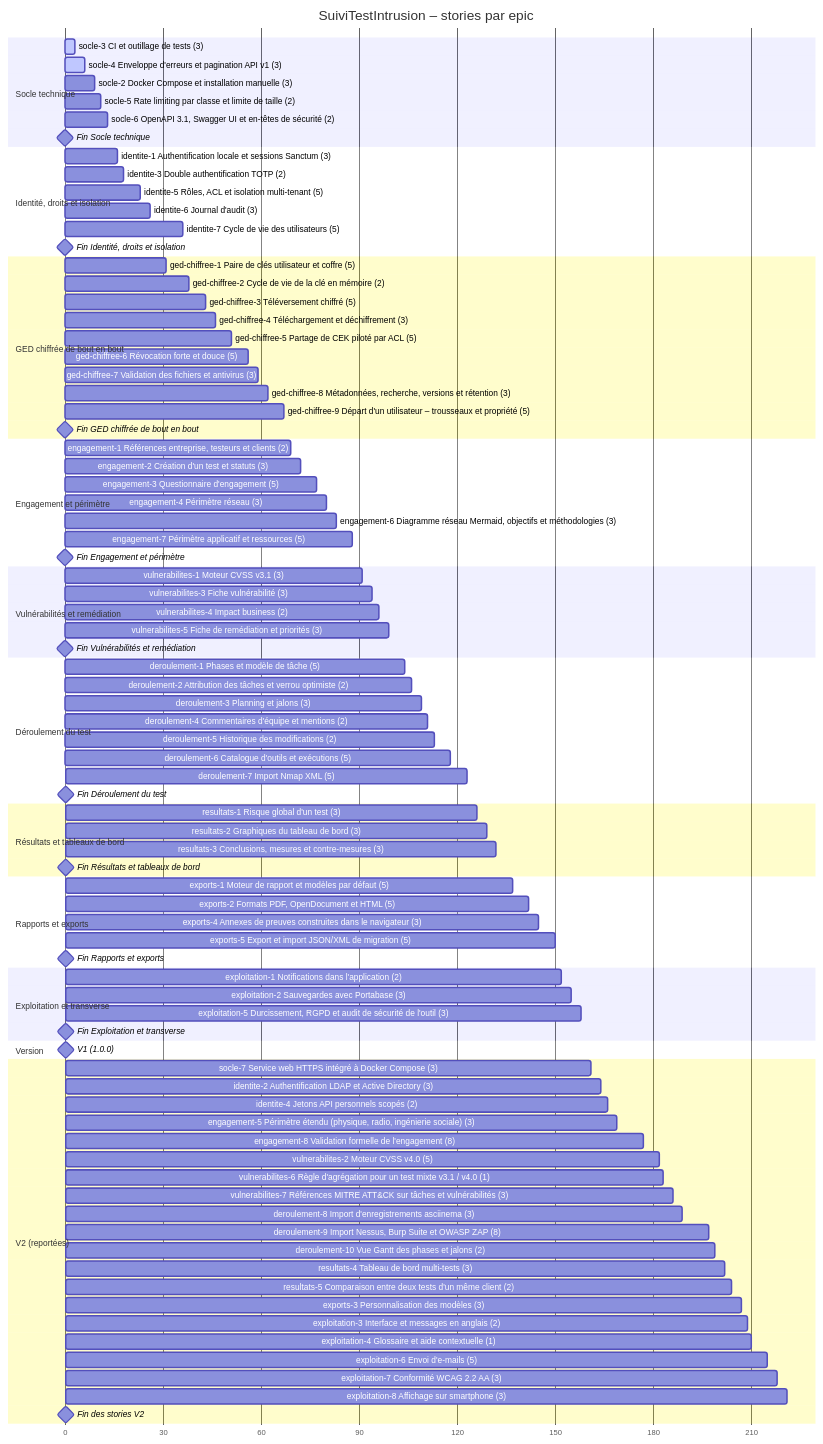
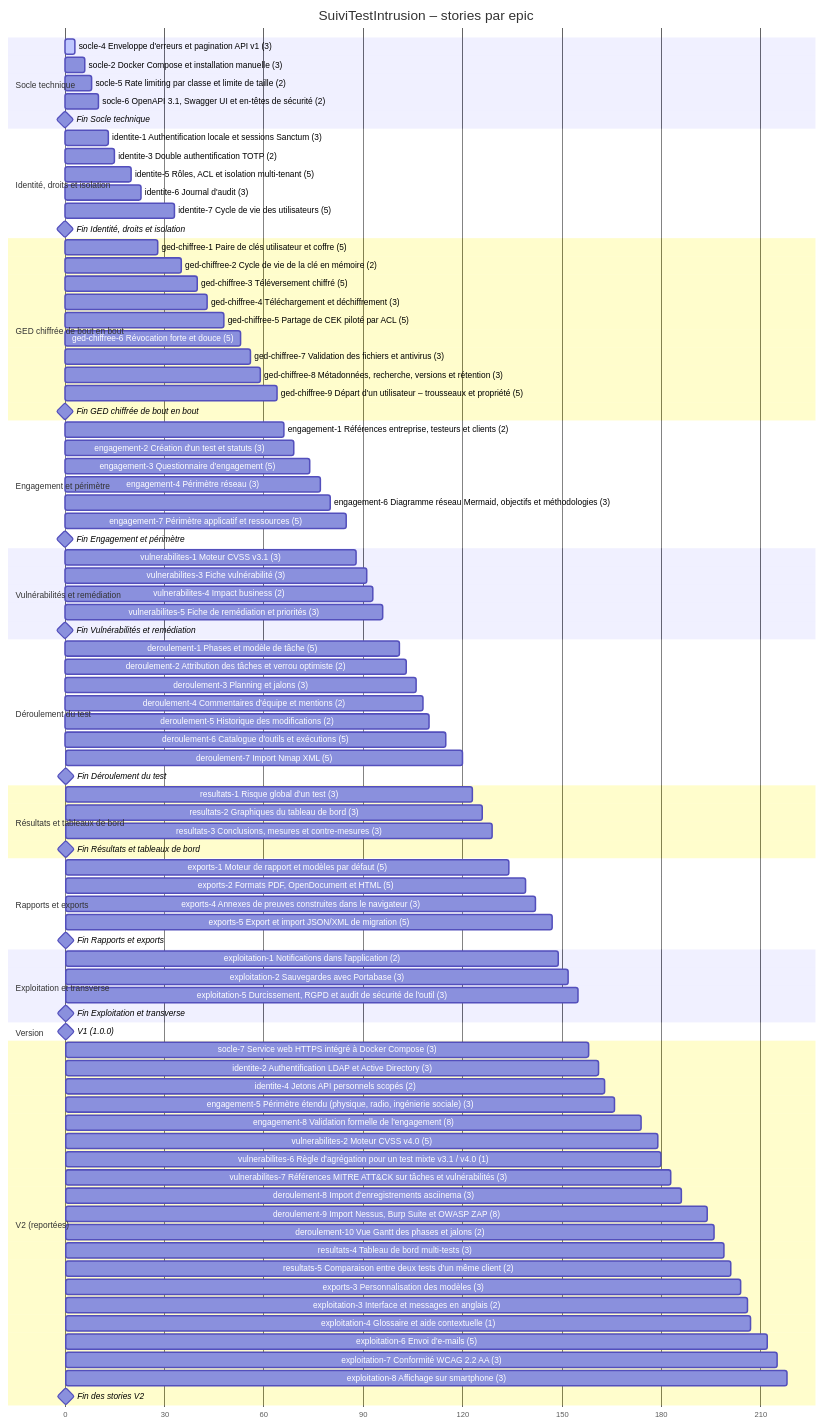
Before and after one commit to ILPlais/SuiviTestIntrusion: the second of 2 diagrams in docs/20-29 Développement/22 Planification/22.01 Planification du développement.md, drawn with Mermaid. The commit also changed other lines of this file and 5 other files, not shown here.

First line of the commit message:
socle-3 terminée : temps passé relevé (0 h 45), outils confirmés dans 31.01.

````diff
--- a/docs/20-29 Développement/22 Planification/22.01 Planification du développement.md
+++ b/docs/20-29 Développement/22 Planification/22.01 Planification du développement.md
@@ -76,90 +76,89 @@
     dateFormat X
     axisFormat %s
     section Socle technique
-    socle-3 CI et outillage de tests (3) :active, socle_3, 0, 3
-    socle-4 Enveloppe d'erreurs et pagination API v1 (3) :active, socle_4, 3, 6
-    socle-2 Docker Compose et installation manuelle (3) :socle_2, 6, 9
-    socle-5 Rate limiting par classe et limite de taille (2) :socle_5, 9, 11
-    socle-6 OpenAPI 3.1, Swagger UI et en-têtes de sécurité (2) :socle_6, 11, 13
-    Fin Socle technique :milestone, m_socle, 13, 0d
+    socle-4 Enveloppe d'erreurs et pagination API v1 (3) :active, socle_4, 0, 3
+    socle-2 Docker Compose et installation manuelle (3) :socle_2, 3, 6
+    socle-5 Rate limiting par classe et limite de taille (2) :socle_5, 6, 8
+    socle-6 OpenAPI 3.1, Swagger UI et en-têtes de sécurité (2) :socle_6, 8, 10
+    Fin Socle technique :milestone, m_socle, 10, 0d
     section Identité, droits et isolation
-    identite-1 Authentification locale et sessions Sanctum (3) :identite_1, 13, 16
-    identite-3 Double authentification TOTP (2) :identite_3, 16, 18
-    identite-5 Rôles, ACL et isolation multi-tenant (5) :identite_5, 18, 23
-    identite-6 Journal d'audit (3) :identite_6, 23, 26
-    identite-7 Cycle de vie des utilisateurs (5) :identite_7, 31, 36
-    Fin Identité, droits et isolation :milestone, m_identite, 36, 0d
+    identite-1 Authentification locale et sessions Sanctum (3) :identite_1, 10, 13
+    identite-3 Double authentification TOTP (2) :identite_3, 13, 15
+    identite-5 Rôles, ACL et isolation multi-tenant (5) :identite_5, 15, 20
+    identite-6 Journal d'audit (3) :identite_6, 20, 23
+    identite-7 Cycle de vie des utilisateurs (5) :identite_7, 28, 33
+    Fin Identité, droits et isolation :milestone, m_identite, 33, 0d
     section GED chiffrée de bout en bout
-    ged-chiffree-1 Paire de clés utilisateur et coffre (5) :ged_chiffree_1, 26, 31
-    ged-chiffree-2 Cycle de vie de la clé en mémoire (2) :ged_chiffree_2, 36, 38
-    ged-chiffree-3 Téléversement chiffré (5) :ged_chiffree_3, 38, 43
-    ged-chiffree-4 Téléchargement et déchiffrement (3) :ged_chiffree_4, 43, 46
-    ged-chiffree-5 Partage de CEK piloté par ACL (5) :ged_chiffree_5, 46, 51
-    ged-chiffree-6 Révocation forte et douce (5) :ged_chiffree_6, 51, 56
-    ged-chiffree-7 Validation des fichiers et antivirus (3) :ged_chiffree_7, 56, 59
-    ged-chiffree-8 Métadonnées, recherche, versions et rétention (3) :ged_chiffree_8, 59, 62
-    ged-chiffree-9 Départ d'un utilisateur – trousseaux et propriété (5) :ged_chiffree_9, 62, 67
-    Fin GED chiffrée de bout en bout :milestone, m_ged_chiffree, 67, 0d
+    ged-chiffree-1 Paire de clés utilisateur et coffre (5) :ged_chiffree_1, 23, 28
+    ged-chiffree-2 Cycle de vie de la clé en mémoire (2) :ged_chiffree_2, 33, 35
+    ged-chiffree-3 Téléversement chiffré (5) :ged_chiffree_3, 35, 40
+    ged-chiffree-4 Téléchargement et déchiffrement (3) :ged_chiffree_4, 40, 43
+    ged-chiffree-5 Partage de CEK piloté par ACL (5) :ged_chiffree_5, 43, 48
+    ged-chiffree-6 Révocation forte et douce (5) :ged_chiffree_6, 48, 53
+    ged-chiffree-7 Validation des fichiers et antivirus (3) :ged_chiffree_7, 53, 56
+    ged-chiffree-8 Métadonnées, recherche, versions et rétention (3) :ged_chiffree_8, 56, 59
+    ged-chiffree-9 Départ d'un utilisateur – trousseaux et propriété (5) :ged_chiffree_9, 59, 64
+    Fin GED chiffrée de bout en bout :milestone, m_ged_chiffree, 64, 0d
     section Engagement et périmètre
-    engagement-1 Références entreprise, testeurs et clients (2) :engagement_1, 67, 69
-    engagement-2 Création d'un test et statuts (3) :engagement_2, 69, 72
-    engagement-3 Questionnaire d'engagement (5) :engagement_3, 72, 77
-    engagement-4 Périmètre réseau (3) :engagement_4, 77, 80
-    engagement-6 Diagramme réseau Mermaid, objectifs et méthodologies (3) :engagement_6, 80, 83
-    engagement-7 Périmètre applicatif et ressources (5) :engagement_7, 83, 88
-    Fin Engagement et périmètre :milestone, m_engagement, 88, 0d
+    engagement-1 Références entreprise, testeurs et clients (2) :engagement_1, 64, 66
+    engagement-2 Création d'un test et statuts (3) :engagement_2, 66, 69
+    engagement-3 Questionnaire d'engagement (5) :engagement_3, 69, 74
+    engagement-4 Périmètre réseau (3) :engagement_4, 74, 77
+    engagement-6 Diagramme réseau Mermaid, objectifs et méthodologies (3) :engagement_6, 77, 80
+    engagement-7 Périmètre applicatif et ressources (5) :engagement_7, 80, 85
+    Fin Engagement et périmètre :milestone, m_engagement, 85, 0d
     section Vulnérabilités et remédiation
-    vulnerabilites-1 Moteur CVSS v3.1 (3) :vulnerabilites_1, 88, 91
-    vulnerabilites-3 Fiche vulnérabilité (3) :vulnerabilites_3, 91, 94
-    vulnerabilites-4 Impact business (2) :vulnerabilites_4, 94, 96
-    vulnerabilites-5 Fiche de remédiation et priorités (3) :vulnerabilites_5, 96, 99
-    Fin Vulnérabilités et remédiation :milestone, m_vulnerabilites, 99, 0d
+    vulnerabilites-1 Moteur CVSS v3.1 (3) :vulnerabilites_1, 85, 88
+    vulnerabilites-3 Fiche vulnérabilité (3) :vulnerabilites_3, 88, 91
+    vulnerabilites-4 Impact business (2) :vulnerabilites_4, 91, 93
+    vulnerabilites-5 Fiche de remédiation et priorités (3) :vulnerabilites_5, 93, 96
+    Fin Vulnérabilités et remédiation :milestone, m_vulnerabilites, 96, 0d
     section Déroulement du test
-    deroulement-1 Phases et modèle de tâche (5) :deroulement_1, 99, 104
-    deroulement-2 Attribution des tâches et verrou optimiste (2) :deroulement_2, 104, 106
-    deroulement-3 Planning et jalons (3) :deroulement_3, 106, 109
-    deroulement-4 Commentaires d'équipe et mentions (2) :deroulement_4, 109, 111
-    deroulement-5 Historique des modifications (2) :deroulement_5, 111, 113
-    deroulement-6 Catalogue d'outils et exécutions (5) :deroulement_6, 113, 118
-    deroulement-7 Import Nmap XML (5) :deroulement_7, 118, 123
-    Fin Déroulement du test :milestone, m_deroulement, 123, 0d
+    deroulement-1 Phases et modèle de tâche (5) :deroulement_1, 96, 101
+    deroulement-2 Attribution des tâches et verrou optimiste (2) :deroulement_2, 101, 103
+    deroulement-3 Planning et jalons (3) :deroulement_3, 103, 106
+    deroulement-4 Commentaires d'équipe et mentions (2) :deroulement_4, 106, 108
+    deroulement-5 Historique des modifications (2) :deroulement_5, 108, 110
+    deroulement-6 Catalogue d'outils et exécutions (5) :deroulement_6, 110, 115
+    deroulement-7 Import Nmap XML (5) :deroulement_7, 115, 120
+    Fin Déroulement du test :milestone, m_deroulement, 120, 0d
     section Résultats et tableaux de bord
-    resultats-1 Risque global d'un test (3) :resultats_1, 123, 126
-    resultats-2 Graphiques du tableau de bord (3) :resultats_2, 126, 129
-    resultats-3 Conclusions, mesures et contre-mesures (3) :resultats_3, 129, 132
-    Fin Résultats et tableaux de bord :milestone, m_resultats, 132, 0d
+    resultats-1 Risque global d'un test (3) :resultats_1, 120, 123
+    resultats-2 Graphiques du tableau de bord (3) :resultats_2, 123, 126
+    resultats-3 Conclusions, mesures et contre-mesures (3) :resultats_3, 126, 129
+    Fin Résultats et tableaux de bord :milestone, m_resultats, 129, 0d
     section Rapports et exports
-    exports-1 Moteur de rapport et modèles par défaut (5) :exports_1, 132, 137
-    exports-2 Formats PDF, OpenDocument et HTML (5) :exports_2, 137, 142
-    exports-4 Annexes de preuves construites dans le navigateur (3) :exports_4, 142, 145
-    exports-5 Export et import JSON/XML de migration (5) :exports_5, 145, 150
-    Fin Rapports et exports :milestone, m_exports, 150, 0d
+    exports-1 Moteur de rapport et modèles par défaut (5) :exports_1, 129, 134
+    exports-2 Formats PDF, OpenDocument et HTML (5) :exports_2, 134, 139
+    exports-4 Annexes de preuves construites dans le navigateur (3) :exports_4, 139, 142
+    exports-5 Export et import JSON/XML de migration (5) :exports_5, 142, 147
+    Fin Rapports et exports :milestone, m_exports, 147, 0d
     section Exploitation et transverse
-    exploitation-1 Notifications dans l'application (2) :exploitation_1, 150, 152
-    exploitation-2 Sauvegardes avec Portabase (3) :exploitation_2, 152, 155
-    exploitation-5 Durcissement, RGPD et audit de sécurité de l'outil (3) :exploitation_5, 155, 158
-    Fin Exploitation et transverse :milestone, m_exploitation, 158, 0d
+    exploitation-1 Notifications dans l'application (2) :exploitation_1, 147, 149
+    exploitation-2 Sauvegardes avec Portabase (3) :exploitation_2, 149, 152
+    exploitation-5 Durcissement, RGPD et audit de sécurité de l'outil (3) :exploitation_5, 152, 155
+    Fin Exploitation et transverse :milestone, m_exploitation, 155, 0d
     section Version
-    V1 (1.0.0) :milestone, v1d, 158, 0d
+    V1 (1.0.0) :milestone, v1d, 155, 0d
     section V2 (reportées)
-    socle-7 Service web HTTPS intégré à Docker Compose (3) :socle_7, 158, 161
-    identite-2 Authentification LDAP et Active Directory (3) :identite_2, 161, 164
-    identite-4 Jetons API personnels scopés (2) :identite_4, 164, 166
-    engagement-5 Périmètre étendu (physique, radio, ingénierie sociale) (3) :engagement_5, 166, 169
-    engagement-8 Validation formelle de l'engagement (8) :engagement_8, 169, 177
-    vulnerabilites-2 Moteur CVSS v4.0 (5) :vulnerabilites_2, 177, 182
-    vulnerabilites-6 Règle d'agrégation pour un test mixte v3.1 / v4.0 (1) :vulnerabilites_6, 182, 183
-    vulnerabilites-7 Références MITRE ATT&CK sur tâches et vulnérabilités (3) :vulnerabilites_7, 183, 186
-    deroulement-8 Import d'enregistrements asciinema (3) :deroulement_8, 186, 189
-    deroulement-9 Import Nessus, Burp Suite et OWASP ZAP (8) :deroulement_9, 189, 197
-    deroulement-10 Vue Gantt des phases et jalons (2) :deroulement_10, 197, 199
-    resultats-4 Tableau de bord multi-tests (3) :resultats_4, 199, 202
-    resultats-5 Comparaison entre deux tests d'un même client (2) :resultats_5, 202, 204
-    exports-3 Personnalisation des modèles (3) :exports_3, 204, 207
-    exploitation-3 Interface et messages en anglais (2) :exploitation_3, 207, 209
-    exploitation-4 Glossaire et aide contextuelle (1) :exploitation_4, 209, 210
-    exploitation-6 Envoi d'e-mails (5) :exploitation_6, 210, 215
-    exploitation-7 Conformité WCAG 2.2 AA (3) :exploitation_7, 215, 218
-    exploitation-8 Affichage sur smartphone (3) :exploitation_8, 218, 221
-    Fin des stories V2 :milestone, v2d, 221, 0d
+    socle-7 Service web HTTPS intégré à Docker Compose (3) :socle_7, 155, 158
+    identite-2 Authentification LDAP et Active Directory (3) :identite_2, 158, 161
+    identite-4 Jetons API personnels scopés (2) :identite_4, 161, 163
+    engagement-5 Périmètre étendu (physique, radio, ingénierie sociale) (3) :engagement_5, 163, 166
+    engagement-8 Validation formelle de l'engagement (8) :engagement_8, 166, 174
+    vulnerabilites-2 Moteur CVSS v4.0 (5) :vulnerabilites_2, 174, 179
+    vulnerabilites-6 Règle d'agrégation pour un test mixte v3.1 / v4.0 (1) :vulnerabilites_6, 179, 180
+    vulnerabilites-7 Références MITRE ATT&CK sur tâches et vulnérabilités (3) :vulnerabilites_7, 180, 183
+    deroulement-8 Import d'enregistrements asciinema (3) :deroulement_8, 183, 186
+    deroulement-9 Import Nessus, Burp Suite et OWASP ZAP (8) :deroulement_9, 186, 194
+    deroulement-10 Vue Gantt des phases et jalons (2) :deroulement_10, 194, 196
+    resultats-4 Tableau de bord multi-tests (3) :resultats_4, 196, 199
+    resultats-5 Comparaison entre deux tests d'un même client (2) :resultats_5, 199, 201
+    exports-3 Personnalisation des modèles (3) :exports_3, 201, 204
+    exploitation-3 Interface et messages en anglais (2) :exploitation_3, 204, 206
+    exploitation-4 Glossaire et aide contextuelle (1) :exploitation_4, 206, 207
+    exploitation-6 Envoi d'e-mails (5) :exploitation_6, 207, 212
+    exploitation-7 Conformité WCAG 2.2 AA (3) :exploitation_7, 212, 215
+    exploitation-8 Affichage sur smartphone (3) :exploitation_8, 215, 218
+    Fin des stories V2 :milestone, v2d, 218, 0d
 ```
````
